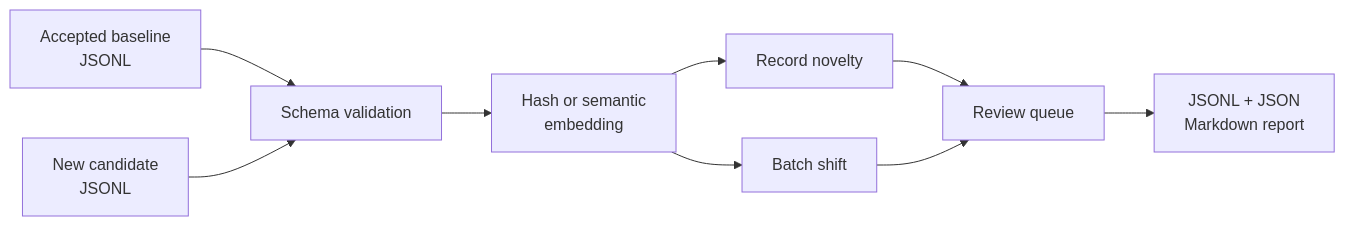
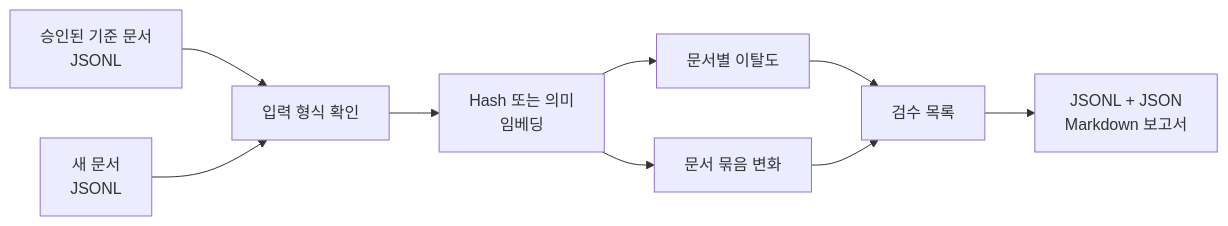
Before and after one commit to yoon-chan-hyeok/ocr-quality-monitoring: the diagram in README.md, drawn with Mermaid. The commit also changed other lines of this file, not shown here.

````diff
--- a/README.md
+++ b/README.md
@@ -52,11 +63,11 @@
-~~~mermaid
+```mermaid
 flowchart LR
-    A["Accepted baseline<br/>JSONL"] --> V["Schema validation"]
-    B["New candidate<br/>JSONL"] --> V
-    V --> E["Hash or semantic<br/>embedding"]
-    E --> R["Record novelty"]
-    E --> G["Batch shift"]
-    R --> Q["Review queue"]
+    A["승인된 기준 문서<br/>JSONL"] --> V["입력 형식 확인"]
+    B["새 문서<br/>JSONL"] --> V
+    V --> E["Hash 또는 의미<br/>임베딩"]
+    E --> R["문서별 이탈도"]
+    E --> G["문서 묶음 변화"]
+    R --> Q["검수 목록"]
     G --> Q
-    Q --> O["JSONL + JSON<br/>Markdown report"]
-~~~
+    Q --> O["JSONL + JSON<br/>Markdown 보고서"]
+```
````
